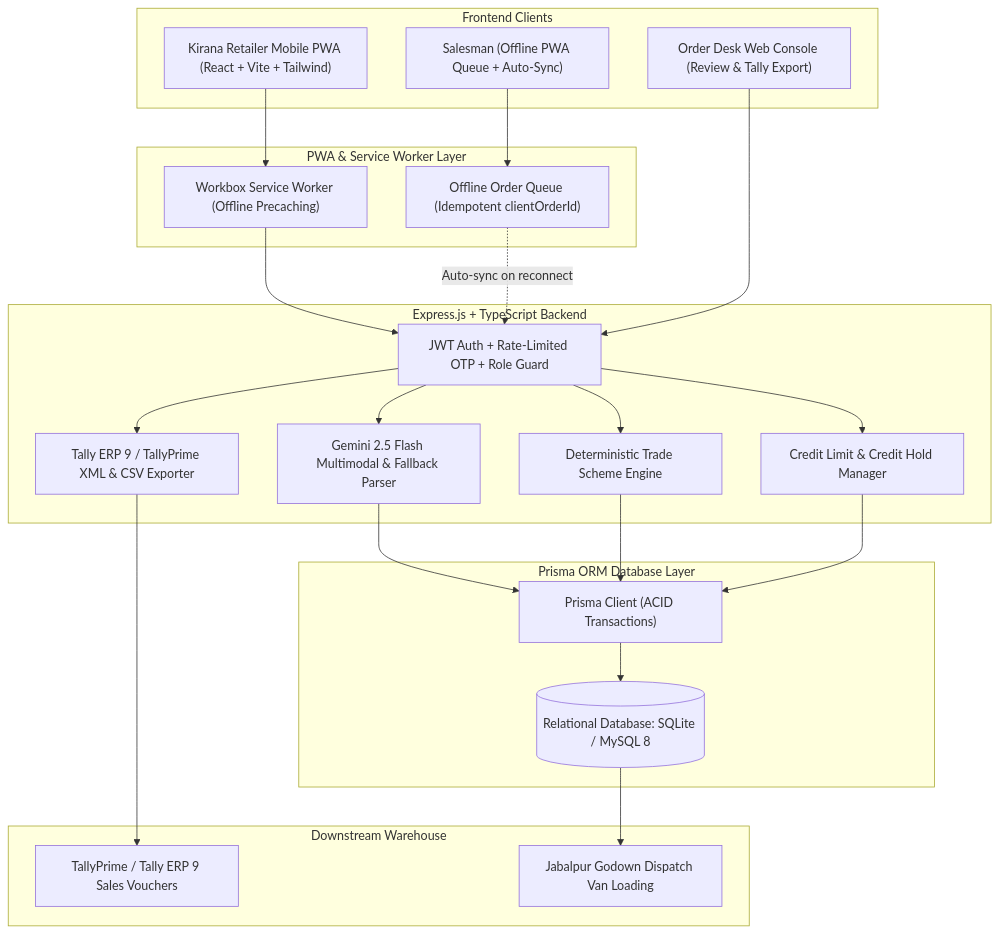
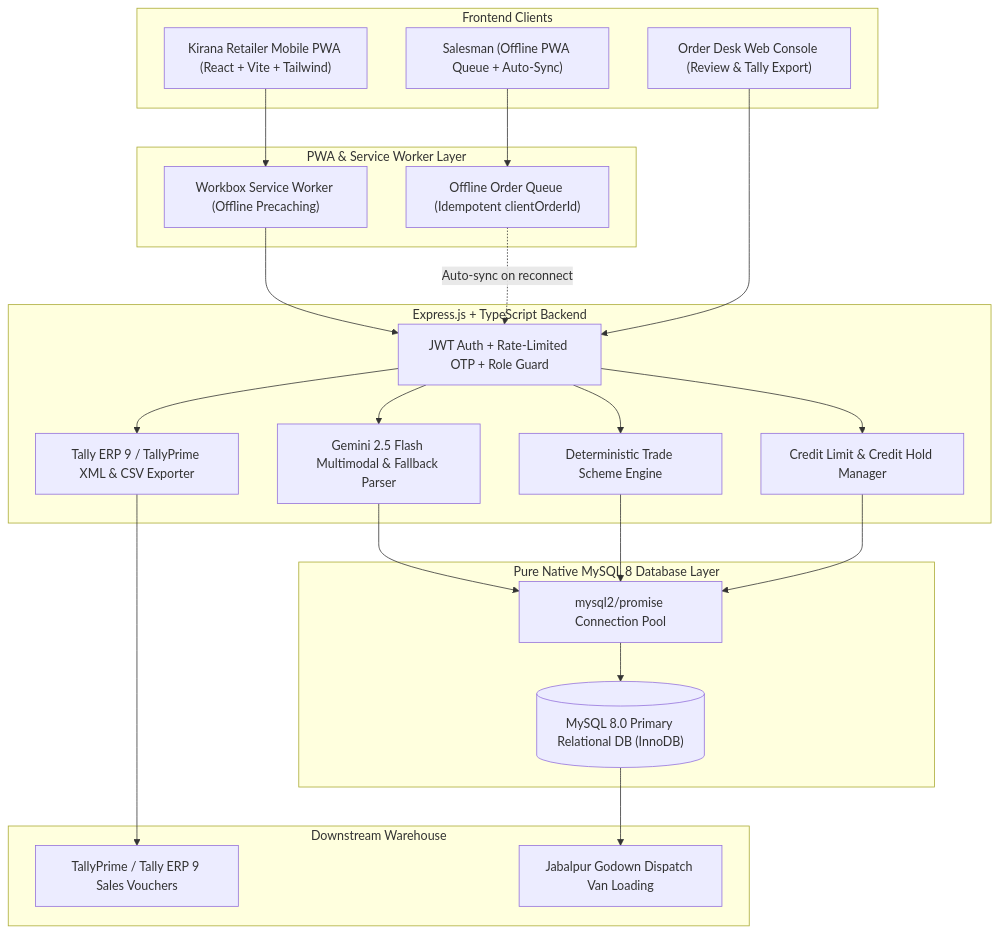
One commit to prabhakarboya/kirana-order-management-system changed the diagram in TECHNICAL_DESIGN_DOCUMENT.md. Above: the diagram before and after it, drawn with Mermaid. The commit also changed other lines of this file and 16 other files, not shown here.

Commit message:
feat(db): switch completely to pure native MySQL 8 (mysql2/promise) with zero Prisma dependency

````diff
--- a/TECHNICAL_DESIGN_DOCUMENT.md
+++ b/TECHNICAL_DESIGN_DOCUMENT.md
@@ -34,48 +34,48 @@
 ```mermaid
 flowchart TD
     subgraph Clients["Frontend Clients"]
         PWA["Kirana Retailer Mobile PWA (React + Vite + Tailwind)"]
         SALESMAN["Salesman (Offline PWA Queue + Auto-Sync)"]
         DESK_UI["Order Desk Web Console (Review & Tally Export)"]
     end
 
     subgraph ServiceWorker["PWA & Service Worker Layer"]
         SW["Workbox Service Worker (Offline Precaching)"]
         QUEUE["Offline Order Queue (Idempotent clientOrderId)"]
     end
 
     subgraph BackendAPI["Express.js + TypeScript Backend"]
         AUTH["JWT Auth + Rate-Limited OTP + Role Guard"]
         AI_ENGINE["Gemini 2.5 Flash Multimodal & Fallback Parser"]
         SCHEME_ENG["Deterministic Trade Scheme Engine"]
         CREDIT_MGR["Credit Limit & Credit Hold Manager"]
         TALLY_SRV["Tally ERP 9 / TallyPrime XML & CSV Exporter"]
     end
 
-    subgraph Persistence["Prisma ORM Database Layer"]
-        PRISMA["Prisma Client (ACID Transactions)"]
-        DB[("Relational Database: SQLite / MySQL 8")]
+    subgraph Persistence["Pure Native MySQL 8 Database Layer"]
+        MYSQL_CONN["mysql2/promise Connection Pool"]
+        DB[("MySQL 8.0 Primary Relational DB (InnoDB)")]
     end
 
     subgraph ERP["Downstream Warehouse"]
         TALLY["TallyPrime / Tally ERP 9 Sales Vouchers"]
         DEPOT["Jabalpur Godown Dispatch Van Loading"]
     end
 
     PWA --> SW --> AUTH
     SALESMAN --> QUEUE -.->|Auto-sync on reconnect| AUTH
     DESK_UI --> AUTH
 
     AUTH --> AI_ENGINE
     AUTH --> SCHEME_ENG
     AUTH --> CREDIT_MGR
     AUTH --> TALLY_SRV
 
-    AI_ENGINE --> PRISMA
-    SCHEME_ENG --> PRISMA
-    CREDIT_MGR --> PRISMA
-    PRISMA --> DB
+    AI_ENGINE --> MYSQL_CONN
+    SCHEME_ENG --> MYSQL_CONN
+    CREDIT_MGR --> MYSQL_CONN
+    MYSQL_CONN --> DB
 
     TALLY_SRV --> TALLY
     DB --> DEPOT
 ```
````
